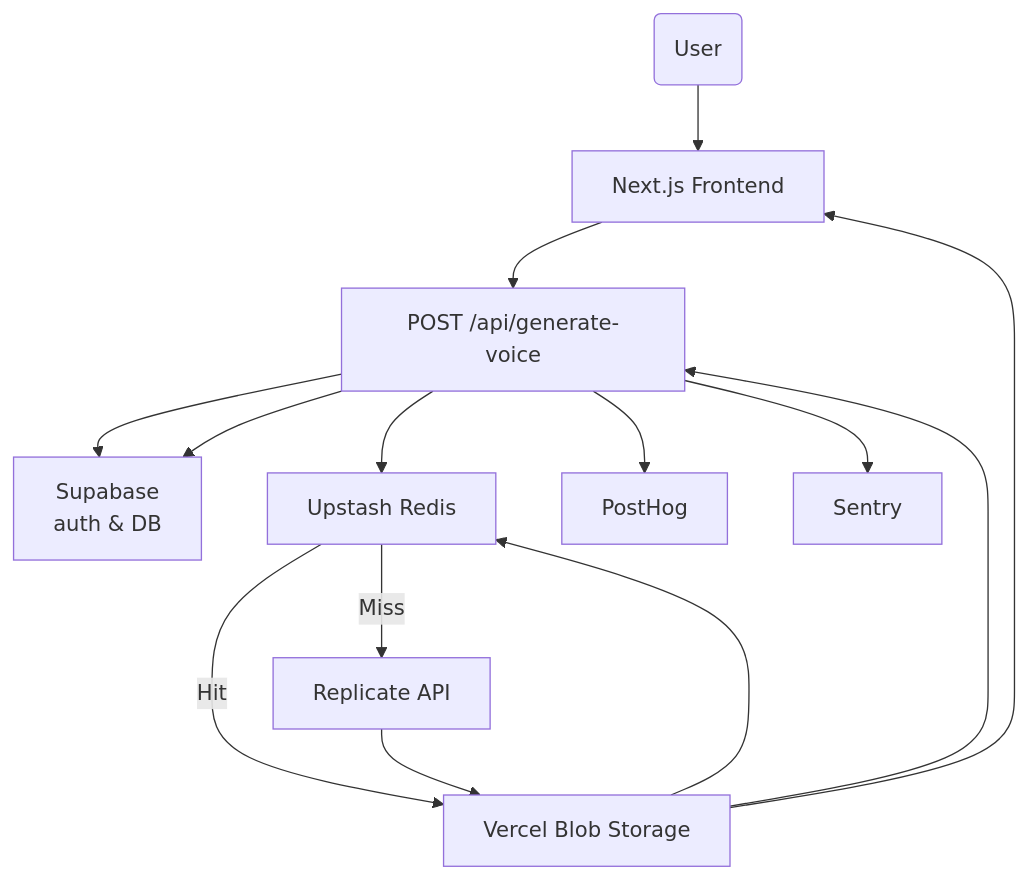
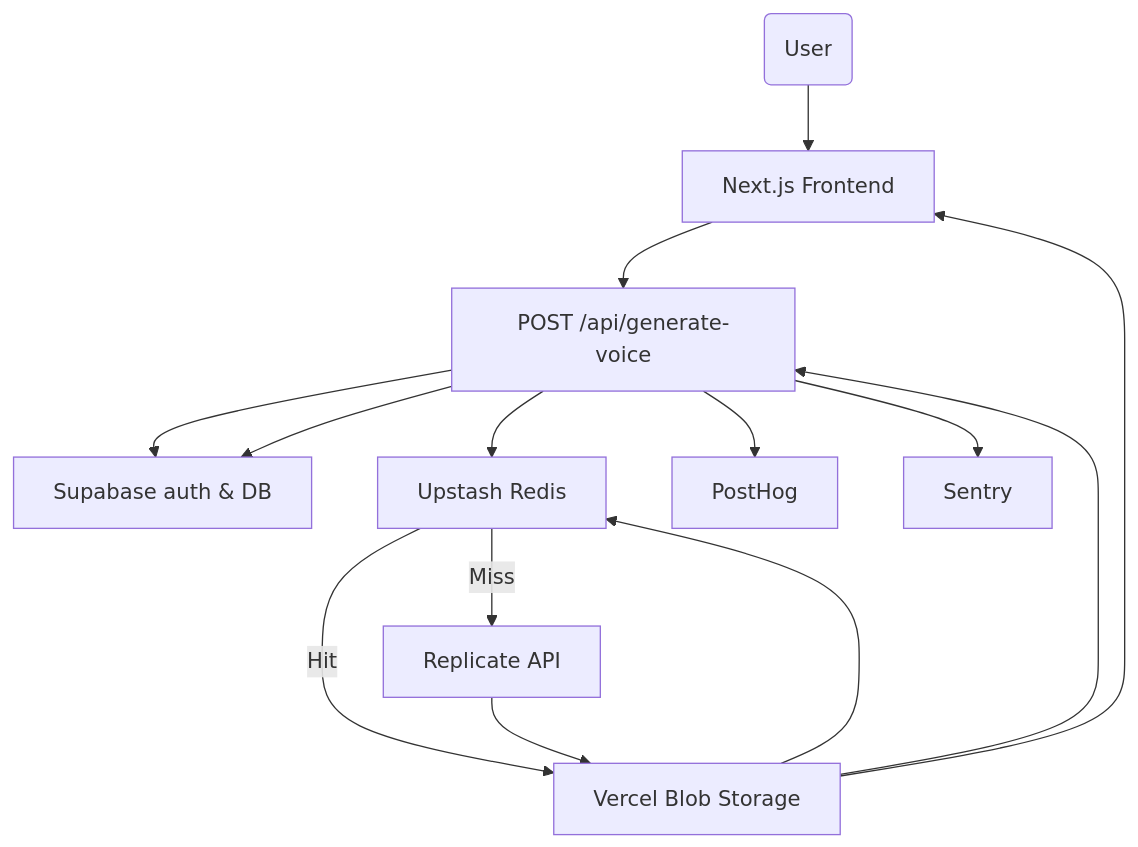
The diagram in ARCHITECTURE.md (gianpaj/sexyvoice), drawn with Mermaid before and after one commit.

````diff
--- a/ARCHITECTURE.md
+++ b/ARCHITECTURE.md
@@ -17,26 +17,26 @@
 ```mermaid
 flowchart TD
     user(User)
     client[Next.js Frontend]
     api[POST /api/generate-voice]
-    supabase[Supabase\nauth & DB]
+    supabase[Supabase auth & DB]
     redis[Upstash Redis]
     replicate[Replicate API]
     blob[Vercel Blob Storage]
     posthog[PostHog]
     sentry[Sentry]
 
     user --> client
     client --> api
     api --> supabase
     api --> redis
     redis -->|Hit| blob
     redis -->|Miss| replicate
     replicate --> blob
     blob --> redis
     blob --> api
     api --> posthog
     api --> sentry
     api --> supabase
     blob --> client
 ```
````
